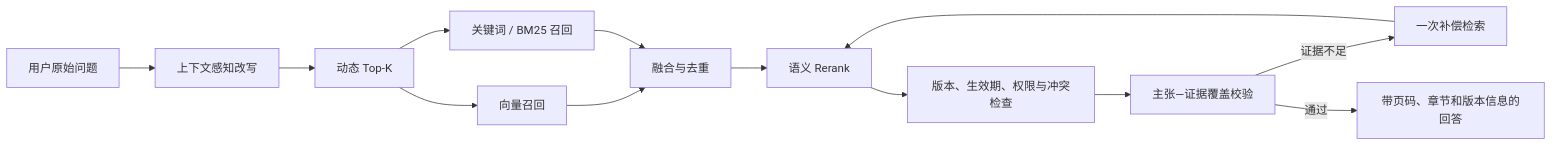
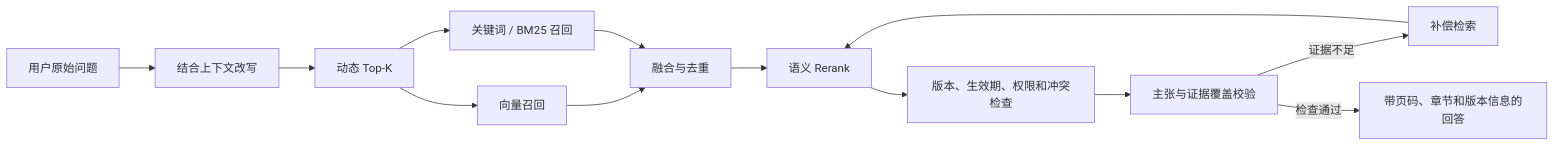
Before and after one commit to DominicHongliDing/UniHR-AgentOS: the second of 2 diagrams in README.md, drawn with Mermaid. The commit also changed other lines of this file, not shown here.

````diff
--- a/README.md
+++ b/README.md
@@ -168,15 +113,15 @@
 ```mermaid
 flowchart LR
-    Q[用户原始问题] --> W[上下文感知改写]
+    Q[用户原始问题] --> W[结合上下文改写]
     W --> D[动态 Top-K]
     D --> H1[向量召回]
     D --> H2[关键词 / BM25 召回]
     H1 --> M[融合与去重]
     H2 --> M
     M --> RR[语义 Rerank]
-    RR --> V[版本、生效期、权限与冲突检查]
-    V --> E[主张—证据覆盖校验]
-    E -->|证据不足| RE[一次补偿检索]
+    RR --> V[版本、生效期、权限和冲突检查]
+    V --> E[主张与证据覆盖校验]
+    E -->|证据不足| RE[补偿检索]
     RE --> RR
-    E -->|通过| A[带页码、章节和版本信息的回答]
+    E -->|检查通过| A[带页码、章节和版本信息的回答]
 ```
````
